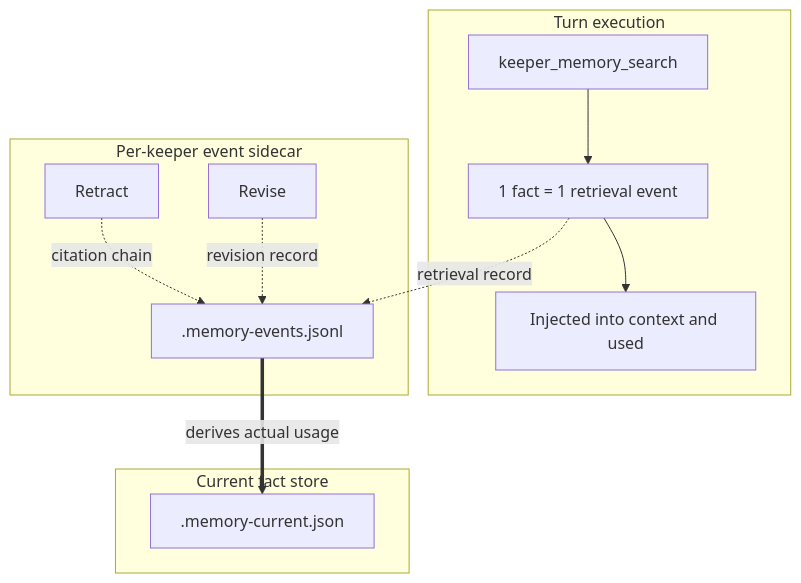
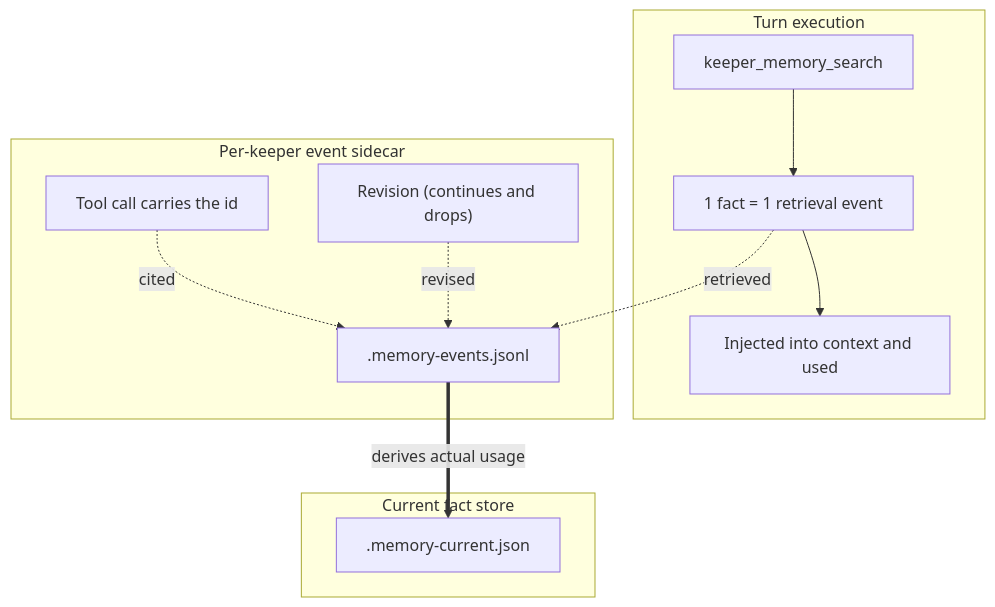
Before and after one commit to jeong-sik/masc: the diagram in docs-site/src/content/docs/architecture/memory-os.md, drawn with Mermaid. The commit also changed other lines of this file and 7 other files, not shown here.

````diff
--- a/docs-site/src/content/docs/architecture/memory-os.md
+++ b/docs-site/src/content/docs/architecture/memory-os.md
@@ -29,17 +29,17 @@
 ```mermaid
 flowchart TD
     subgraph Execution ["Turn execution"]
         Q["keeper_memory_search"] --> RET["1 fact = 1 retrieval event"]
         RET --> USE["Injected into context and used"]
     end
 
     subgraph Sidecar ["Per-keeper event sidecar"]
-        RET -.->|"retrieval record"| EV["<keeper>.memory-events.jsonl"]
-        REC["Retract"] -.->|"citation chain"| EV
-        REV["Revise"] -.->|"revision record"| EV
+        RET -.->|"retrieved"| EV["<keeper>.memory-events.jsonl"]
+        TOOL["Tool call carries the id"] -.->|"cited"| EV
+        REV["Revision (continues and drops)"] -.->|"revised"| EV
     end
 
     subgraph Facts ["Current fact store"]
         EV ==>|"derives actual usage"| DB["<keeper>.memory-current.json"]
     end
 ```
````
